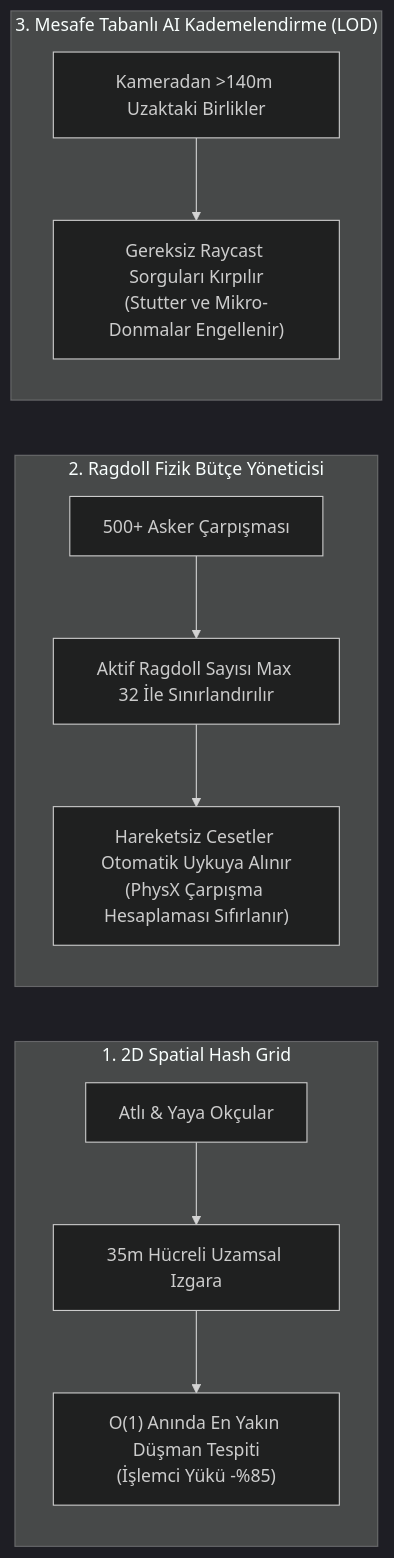
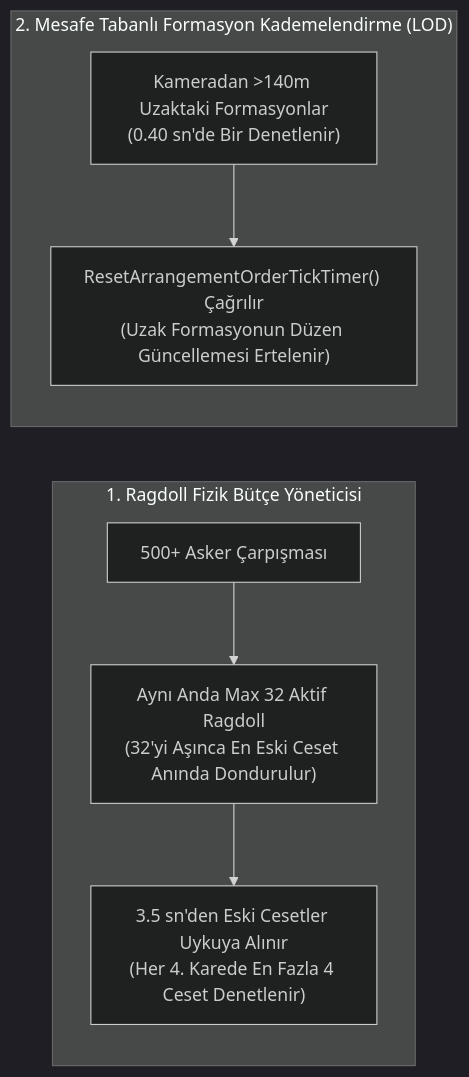
One commit to keremtrgl/OttomanJanissariesAndTurkicHeroes changed the third of 11 diagrams in graphify-out/graph.md. Above: the diagram before and after it, drawn with Mermaid (dark theme). The commit also changed other lines of this file and 1 other file, not shown here.

First line of the commit message:
Correct graph.md facts found by the wiki review; add v1.9.0 history

````diff
--- a/graphify-out/graph.md
+++ b/graphify-out/graph.md
@@ -75,16 +75,11 @@
 ```mermaid
 graph LR
-    subgraph "1. 2D Spatial Hash Grid"
-        G1["Atlı & Yaya Okçular"] --> G2["35m Hücreli Uzamsal Izgara"]
-        G2 --> G3["O(1) Anında En Yakın Düşman Tespiti<br/>(İşlemci Yükü -%85)"]
+    subgraph "1. Ragdoll Fizik Bütçe Yöneticisi"
+        R1["500+ Asker Çarpışması"] --> R2["Aynı Anda Max 32 Aktif Ragdoll<br/>(32'yi Aşınca En Eski Ceset Anında Dondurulur)"]
+        R2 --> R3["3.5 sn'den Eski Cesetler Uykuya Alınır<br/>(Her 4. Karede En Fazla 4 Ceset Denetlenir)"]
     end
 
-    subgraph "2. Ragdoll Fizik Bütçe Yöneticisi"
-        R1["500+ Asker Çarpışması"] --> R2["Aktif Ragdoll Sayısı Max 32 İle Sınırlandırılır"]
-        R2 --> R3["Hareketsiz Cesetler Otomatik Uykuya Alınır<br/>(PhysX Çarpışma Hesaplaması Sıfırlanır)"]
-    end
-
-    subgraph "3. Mesafe Tabanlı AI Kademelendirme (LOD)"
-        L1["Kameradan >140m Uzaktaki Birlikler"] --> L2["Gereksiz Raycast Sorguları Kırpılır<br/>(Stutter ve Mikro-Donmalar Engellenir)"]
+    subgraph "2. Mesafe Tabanlı Formasyon Kademelendirme (LOD)"
+        L1["Kameradan >140m Uzaktaki Formasyonlar<br/>(0.40 sn'de Bir Denetlenir)"] --> L2["ResetArrangementOrderTickTimer() Çağrılır<br/>(Uzak Formasyonun Düzen Güncellemesi Ertelenir)"]
     end
 ```
````
